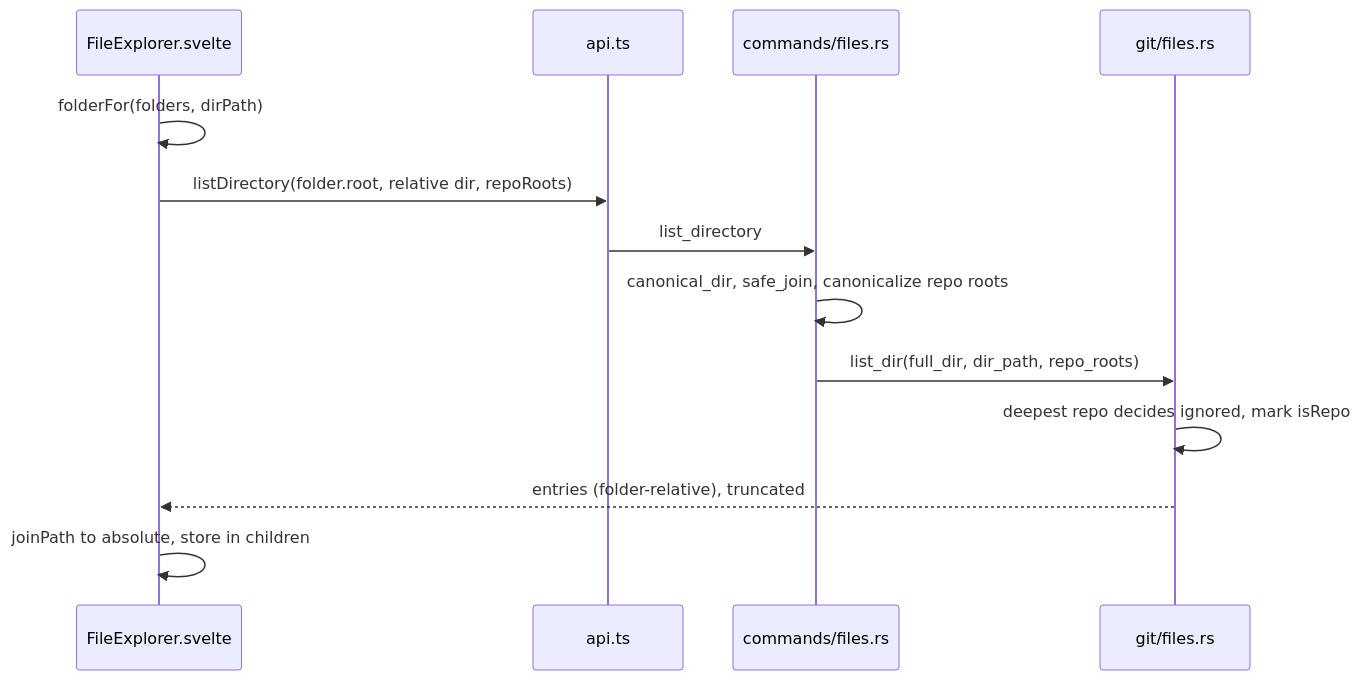
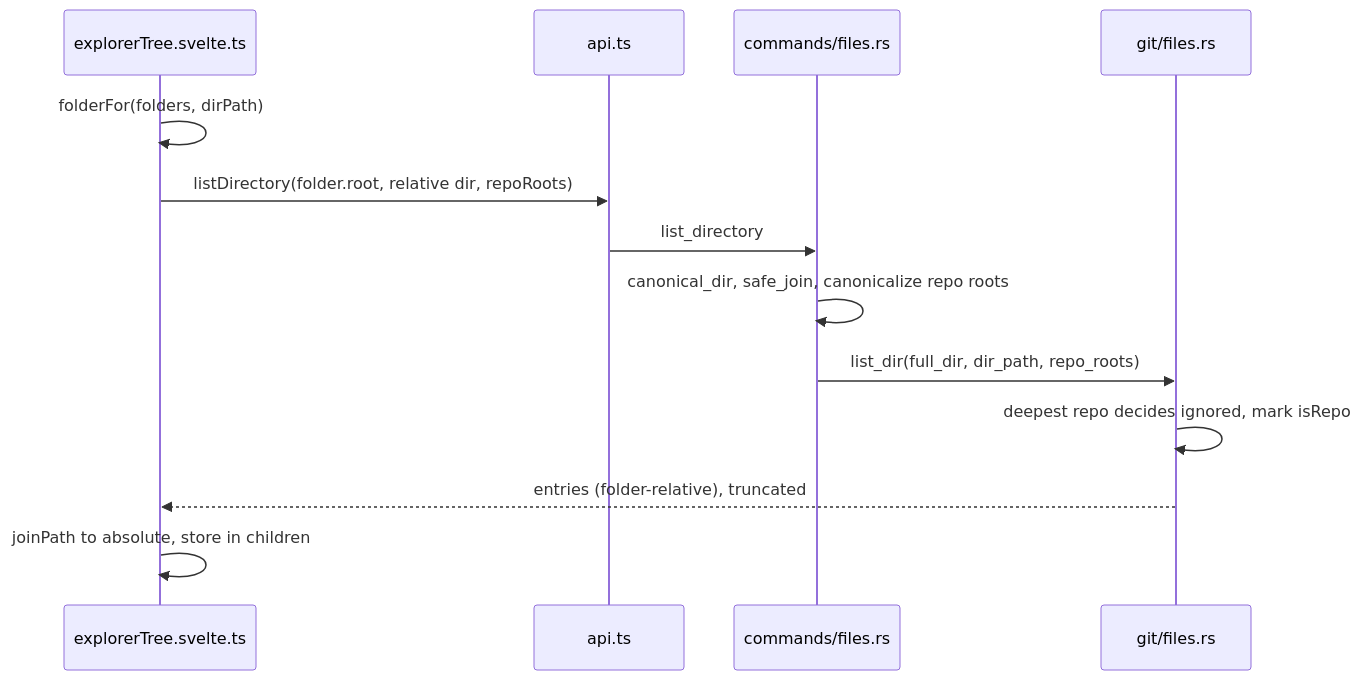
The first of 2 diagrams in docs/wiki/developer/How-the-Files-Panel-Works.md (shibbirweb/git-manager), drawn with Mermaid before and after one commit. The commit also changed other lines of this file and 453 other files, not shown here.

````diff
--- a/docs/wiki/developer/How-the-Files-Panel-Works.md
+++ b/docs/wiki/developer/How-the-Files-Panel-Works.md
@@ -13,15 +13,15 @@
 ```mermaid
 sequenceDiagram
-  participant Tree as FileExplorer.svelte
+  participant Tree as explorerTree.svelte.ts
   participant Api as api.ts
   participant Cmd as commands/files.rs
   participant Fs as git/files.rs
   Tree->>Tree: folderFor(folders, dirPath)
   Tree->>Api: listDirectory(folder.root, relative dir, repoRoots)
   Api->>Cmd: list_directory
   Cmd->>Cmd: canonical_dir, safe_join, canonicalize repo roots
   Cmd->>Fs: list_dir(full_dir, dir_path, repo_roots)
   Fs->>Fs: deepest repo decides ignored, mark isRepo
   Fs-->>Tree: entries (folder-relative), truncated
   Tree->>Tree: joinPath to absolute, store in children
 ```
````
